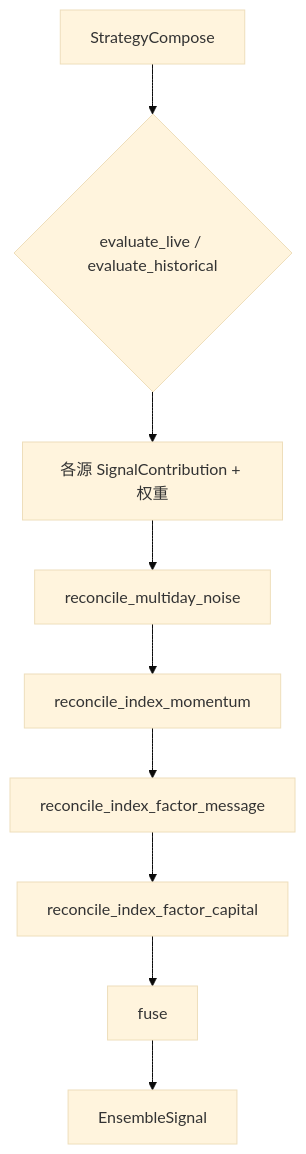
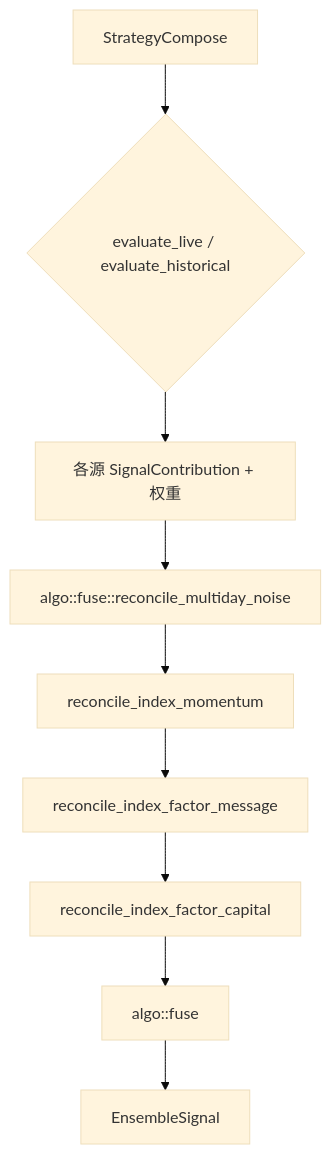
Before and after one commit to wuyanwen1997-wyw/stock-predict: diagram 12 of 18 in docs/软件设计说明.md, drawn with Mermaid (base theme). The commit also changed other lines of this file and 10 other files, not shown here.

````diff
--- a/docs/软件设计说明.md
+++ b/docs/软件设计说明.md
@@ -408,11 +471,11 @@
 ```mermaid
 flowchart TB
     COMP[StrategyCompose] --> EVAL{evaluate_live / evaluate_historical}
     EVAL --> RAW[各源 SignalContribution + 权重]
-    RAW --> R1[reconcile_multiday_noise]
+    RAW --> R1[algo::fuse::reconcile_multiday_noise]
     R1 --> R2[reconcile_index_momentum]
     R2 --> R3[reconcile_index_factor_message]
     R3 --> R4[reconcile_index_factor_capital]
-    R4 --> FUSE[fuse]
+    R4 --> FUSE[algo::fuse]
     FUSE --> OUT[EnsembleSignal]
 ```
````
